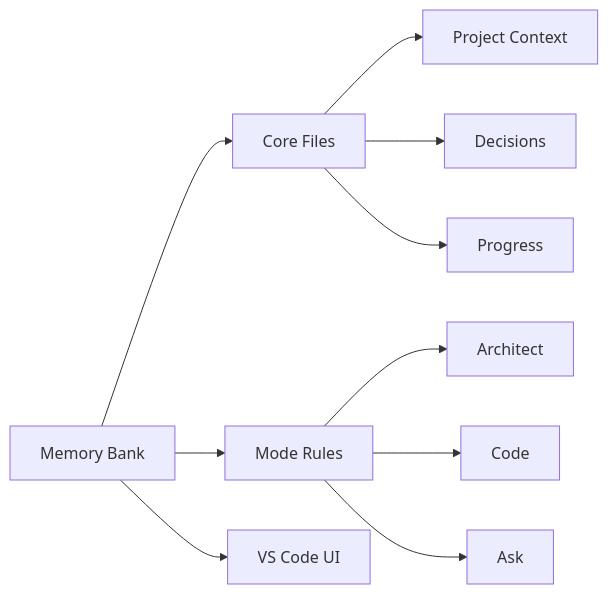
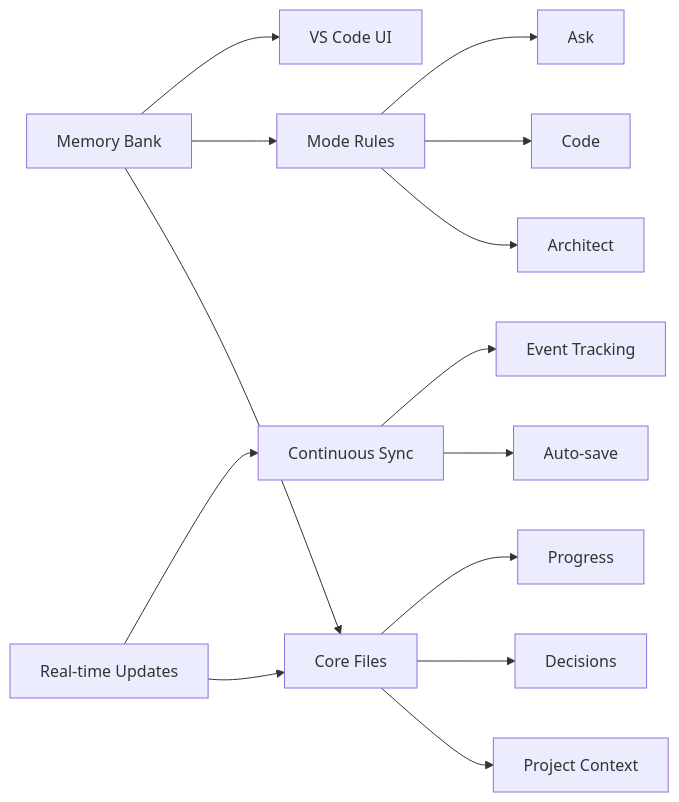
Before and after one commit to shaunie2fly/roo-code-memory-bank: the first of 4 diagrams in README.md, drawn with Mermaid. The commit also changed other lines of this file and 4 other files, not shown here.

````diff
--- a/README.md
+++ b/README.md
@@ -18,12 +18,16 @@
 ```mermaid
 graph LR
     A[Memory Bank] --> B[Core Files]
     A --> C[Mode Rules]
     A --> D[VS Code UI]
     B --> E[Project Context]
     B --> F[Decisions]
     B --> G[Progress]
     C --> H[Architect]
     C --> I[Code]
     C --> J[Ask]
+    K[Real-time Updates] --> B
+    K --> L[Continuous Sync]
+    L --> M[Auto-save]
+    L --> N[Event Tracking]
 ```
````
